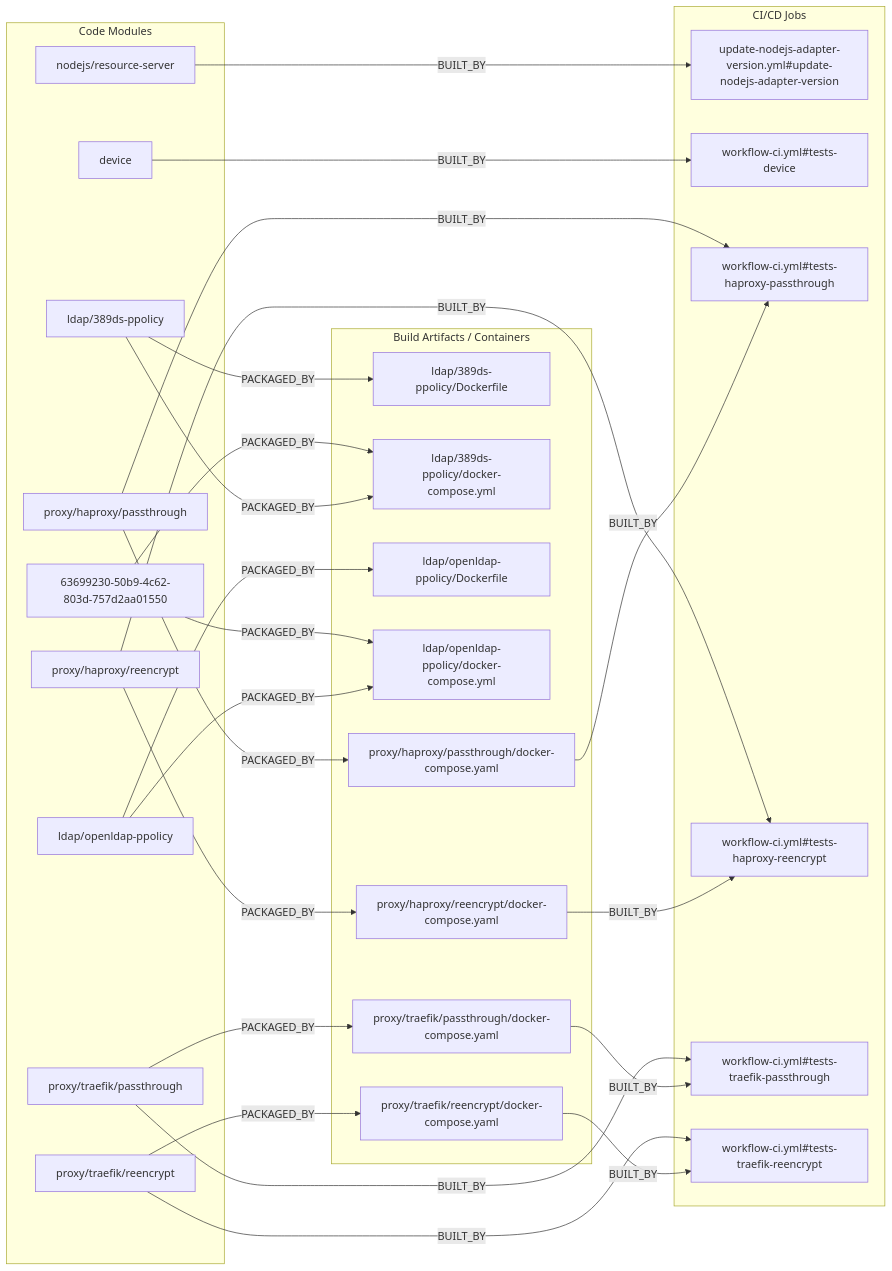
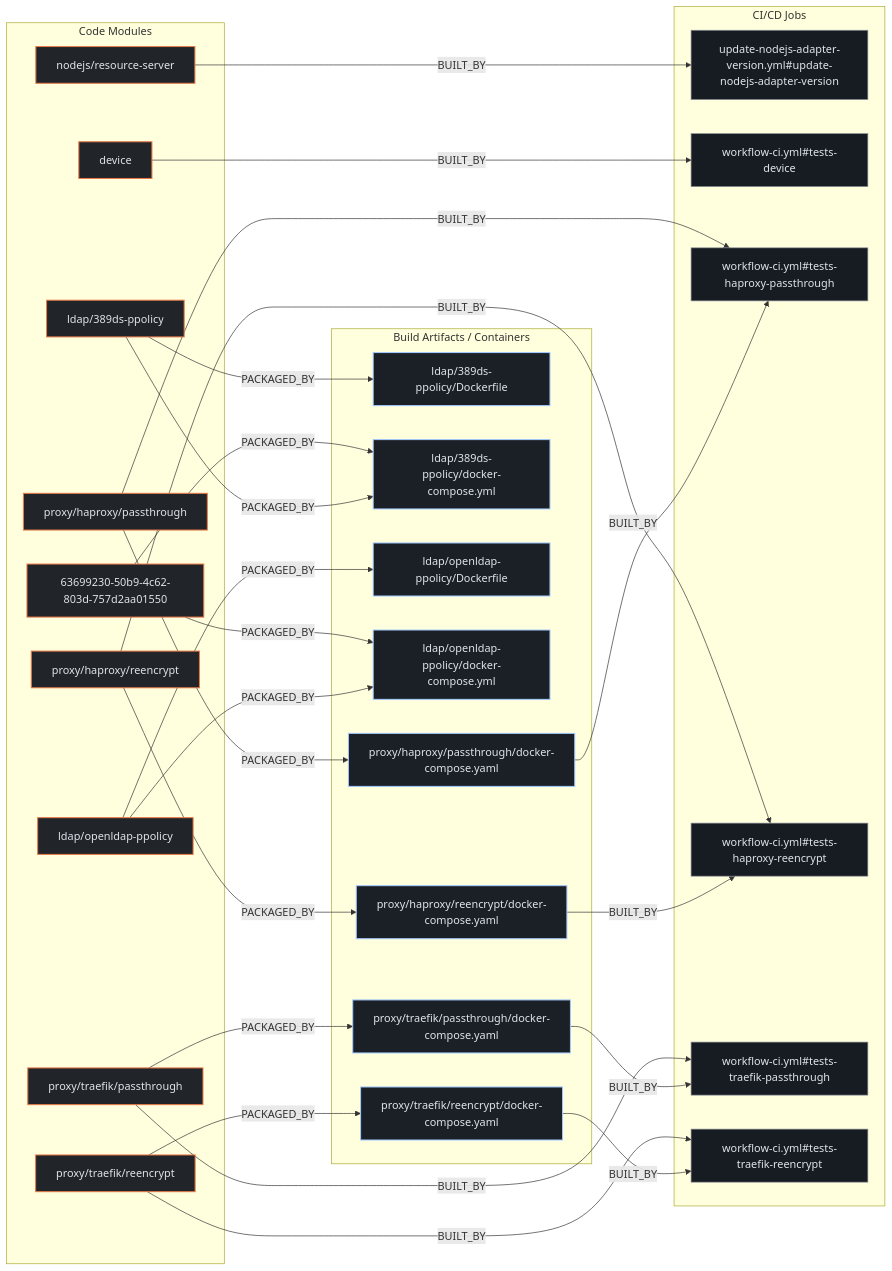
One commit to kumarshaz/atruss-code-atlas changed the second of 3 diagrams in exports/latest/reports/keycloak-keycloak-quickstarts-report.md. Above: the diagram before and after it, drawn with Mermaid. The commit also changed other lines of this file and 331 other files, not shown here.

Commit message:
docs,ui,fix: update SDLC docs, reorder CI/CD DAG first, stylize Mermaid, and fix Arc42 pipeline topology

````diff
--- a/exports/latest/reports/keycloak-keycloak-quickstarts-report.md
+++ b/exports/latest/reports/keycloak-keycloak-quickstarts-report.md
@@ -198,52 +205,56 @@
 ```mermaid
 flowchart LR
+    classDef atlasCategory fill:#212428,stroke:#E87A48,stroke-width:1.5px,color:#dfe3eb
+    classDef atlasWorkflow fill:#1b2026,stroke:#a3c9ff,stroke-width:1.5px,color:#dfe3eb
+    classDef atlasJob fill:#171c22,stroke:#8d9199,stroke-width:1px,color:#dfe3eb
+    classDef atlasTarget fill:#005227,stroke:#8bd99b,stroke-width:1.5px,color:#a7f6b6
     subgraph code_modules["Code Modules"]
-        mod_63699230_50b9_4c62_803d_757d2aa01550["63699230-50b9-4c62-803d-757d2aa01550"]
-        mod_device["device"]
-        mod_ldap_389ds_ppolicy["ldap/389ds-ppolicy"]
-        mod_ldap_openldap_ppolicy["ldap/openldap-ppolicy"]
-        mod_nodejs_resource_server["nodejs/resource-server"]
-        mod_proxy_haproxy_passthrough["proxy/haproxy/passthrough"]
-        mod_proxy_haproxy_reencrypt["proxy/haproxy/reencrypt"]
-        mod_proxy_traefik_passthrough["proxy/traefik/passthrough"]
-        mod_proxy_traefik_reencrypt["proxy/traefik/reencrypt"]
+        mod_63699230_50b9_4c62_803d_757d2aa01550["63699230-50b9-4c62-803d-757d2aa01550"]:::atlasCategory
+        mod_device["device"]:::atlasCategory
+        mod_ldap_389ds_ppolicy["ldap/389ds-ppolicy"]:::atlasCategory
+        mod_ldap_openldap_ppolicy["ldap/openldap-ppolicy"]:::atlasCategory
+        mod_nodejs_resource_server["nodejs/resource-server"]:::atlasCategory
+        mod_proxy_haproxy_passthrough["proxy/haproxy/passthrough"]:::atlasCategory
+        mod_proxy_haproxy_reencrypt["proxy/haproxy/reencrypt"]:::atlasCategory
+        mod_proxy_traefik_passthrough["proxy/traefik/passthrough"]:::atlasCategory
+        mod_proxy_traefik_reencrypt["proxy/traefik/reencrypt"]:::atlasCategory
     end
     subgraph build_artifacts["Build Artifacts / Containers"]
-        art_ldap_389ds_ppolicy_Dockerfile["ldap/389ds-ppolicy/Dockerfile"]
-        art_ldap_389ds_ppolicy_docker_compose_yml["ldap/389ds-ppolicy/docker-compose.yml"]
-        art_ldap_openldap_ppolicy_Dockerfile["ldap/openldap-ppolicy/Dockerfile"]
-        art_ldap_openldap_ppolicy_docker_compose_yml["ldap/openldap-ppolicy/docker-compose.yml"]
-        art_proxy_haproxy_passthrough_docker_compose_yaml["proxy/haproxy/passthrough/docker-compose.yaml"]
-        art_proxy_haproxy_reencrypt_docker_compose_yaml["proxy/haproxy/reencrypt/docker-compose.yaml"]
-        art_proxy_traefik_passthrough_docker_compose_yaml["proxy/traefik/passthrough/docker-compose.yaml"]
-        art_proxy_traefik_reencrypt_docker_compose_yaml["proxy/traefik/reencrypt/docker-compose.yaml"]
+        art_ldap_389ds_ppolicy_Dockerfile["ldap/389ds-ppolicy/Dockerfile"]:::atlasWorkflow
+        art_ldap_389ds_ppolicy_docker_compose_yml["ldap/389ds-ppolicy/docker-compose.yml"]:::atlasWorkflow
+        art_ldap_openldap_ppolicy_Dockerfile["ldap/openldap-ppolicy/Dockerfile"]:::atlasWorkflow
+        art_ldap_openldap_ppolicy_docker_compose_yml["ldap/openldap-ppolicy/docker-compose.yml"]:::atlasWorkflow
+        art_proxy_haproxy_passthrough_docker_compose_yaml["proxy/haproxy/passthrough/docker-compose.yaml"]:::atlasWorkflow
+        art_proxy_haproxy_reencrypt_docker_compose_yaml["proxy/haproxy/reencrypt/docker-compose.yaml"]:::atlasWorkflow
+        art_proxy_traefik_passthrough_docker_compose_yaml["proxy/traefik/passthrough/docker-compose.yaml"]:::atlasWorkflow
+        art_proxy_traefik_reencrypt_docker_compose_yaml["proxy/traefik/reencrypt/docker-compose.yaml"]:::atlasWorkflow
     end
     subgraph ci_jobs["CI/CD Jobs"]
-        job_update_nodejs_adapter_version_yml_update_nodejs_adapter_version["update-nodejs-adapter-version.yml#update-nodejs-adapter-version"]
-        job_workflow_ci_yml_tests_device["workflow-ci.yml#tests-device"]
-        job_workflow_ci_yml_tests_haproxy_passthrough["workflow-ci.yml#tests-haproxy-passthrough"]
-        job_workflow_ci_yml_tests_haproxy_reencrypt["workflow-ci.yml#tests-haproxy-reencrypt"]
-        job_workflow_ci_yml_tests_traefik_passthrough["workflow-ci.yml#tests-traefik-passthrough"]
-        job_workflow_ci_yml_tests_traefik_reencrypt["workflow-ci.yml#tests-traefik-reencrypt"]
+        job_update_nodejs_adapter_version_yml_update_nodejs_adapter_version["update-nodejs-adapter-version.yml#update-nodejs-adapter-version"]:::atlasJob
+        job_workflow_ci_yml_tests_device["workflow-ci.yml#tests-device"]:::atlasJob
+        job_workflow_ci_yml_tests_haproxy_passthrough["workflow-ci.yml#tests-haproxy-passthrough"]:::atlasJob
+        job_workflow_ci_yml_tests_haproxy_reencrypt["workflow-ci.yml#tests-haproxy-reencrypt"]:::atlasJob
+        job_workflow_ci_yml_tests_traefik_passthrough["workflow-ci.yml#tests-traefik-passthrough"]:::atlasJob
+        job_workflow_ci_yml_tests_traefik_reencrypt["workflow-ci.yml#tests-traefik-reencrypt"]:::atlasJob
     end
     mod_63699230_50b9_4c62_803d_757d2aa01550 -->|PACKAGED_BY| art_ldap_389ds_ppolicy_docker_compose_yml
     mod_63699230_50b9_4c62_803d_757d2aa01550 -->|PACKAGED_BY| art_ldap_openldap_ppolicy_docker_compose_yml
     mod_device -->|BUILT_BY| job_workflow_ci_yml_tests_device
     mod_ldap_389ds_ppolicy -->|PACKAGED_BY| art_ldap_389ds_ppolicy_Dockerfile
     mod_ldap_389ds_ppolicy -->|PACKAGED_BY| art_ldap_389ds_ppolicy_docker_compose_yml
     mod_ldap_openldap_ppolicy -->|PACKAGED_BY| art_ldap_openldap_ppolicy_Dockerfile
     mod_ldap_openldap_ppolicy -->|PACKAGED_BY| art_ldap_openldap_ppolicy_docker_compose_yml
     mod_nodejs_resource_server -->|BUILT_BY| job_update_nodejs_adapter_version_yml_update_nodejs_adapter_version
     mod_proxy_haproxy_passthrough -->|BUILT_BY| job_workflow_ci_yml_tests_haproxy_passthrough
     mod_proxy_haproxy_passthrough -->|PACKAGED_BY| art_proxy_haproxy_passthrough_docker_compose_yaml
     mod_proxy_haproxy_reencrypt -->|BUILT_BY| job_workflow_ci_yml_tests_haproxy_reencrypt
     mod_proxy_haproxy_reencrypt -->|PACKAGED_BY| art_proxy_haproxy_reencrypt_docker_compose_yaml
     mod_proxy_traefik_passthrough -->|BUILT_BY| job_workflow_ci_yml_tests_traefik_passthrough
     mod_proxy_traefik_passthrough -->|PACKAGED_BY| art_proxy_traefik_passthrough_docker_compose_yaml
     mod_proxy_traefik_reencrypt -->|BUILT_BY| job_workflow_ci_yml_tests_traefik_reencrypt
     mod_proxy_traefik_reencrypt -->|PACKAGED_BY| art_proxy_traefik_reencrypt_docker_compose_yaml
     art_proxy_haproxy_passthrough_docker_compose_yaml -->|BUILT_BY| job_workflow_ci_yml_tests_haproxy_passthrough
     art_proxy_haproxy_reencrypt_docker_compose_yaml -->|BUILT_BY| job_workflow_ci_yml_tests_haproxy_reencrypt
     art_proxy_traefik_passthrough_docker_compose_yaml -->|BUILT_BY| job_workflow_ci_yml_tests_traefik_passthrough
     art_proxy_traefik_reencrypt_docker_compose_yaml -->|BUILT_BY| job_workflow_ci_yml_tests_traefik_reencrypt
 ```
````
